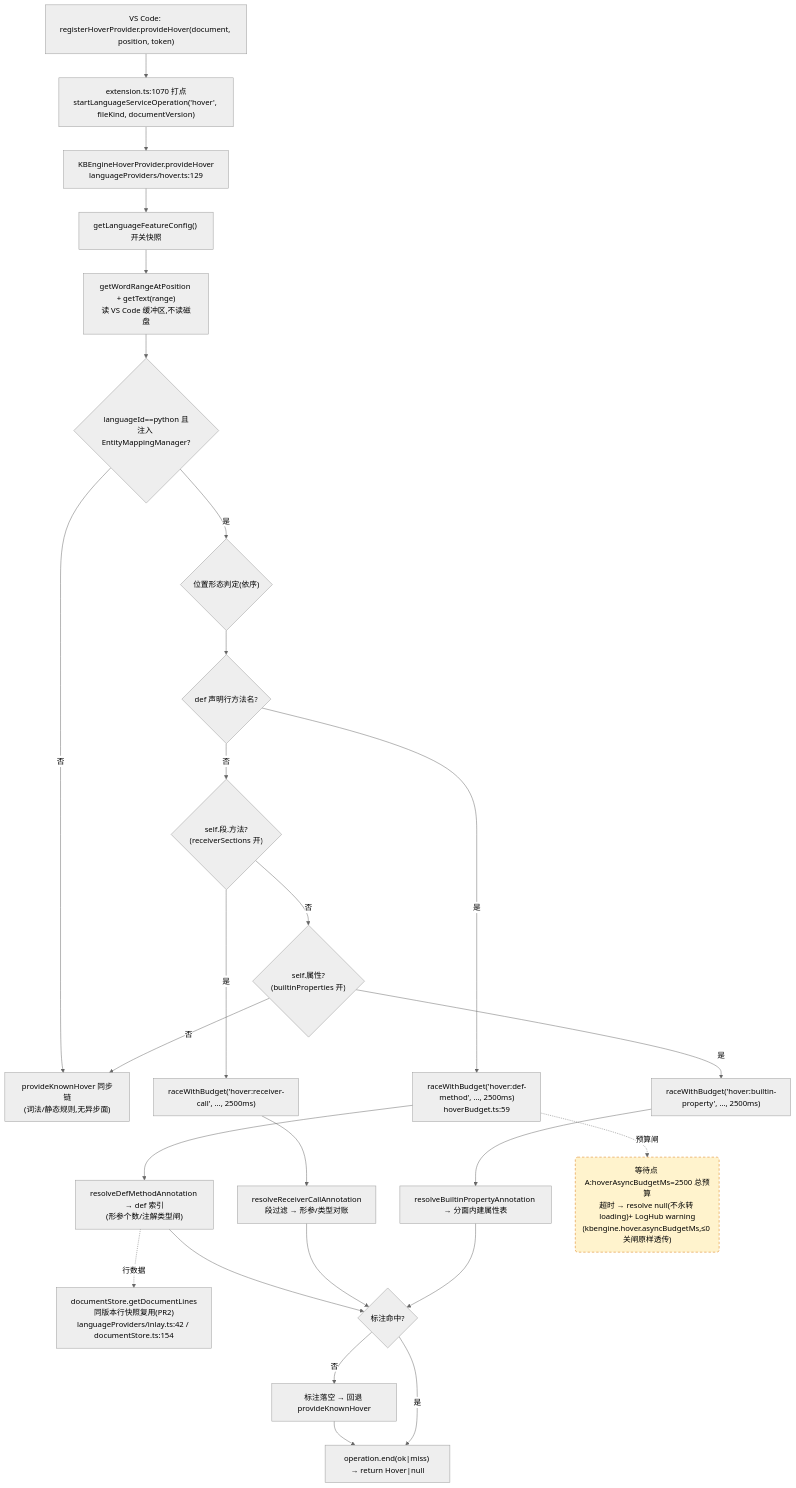
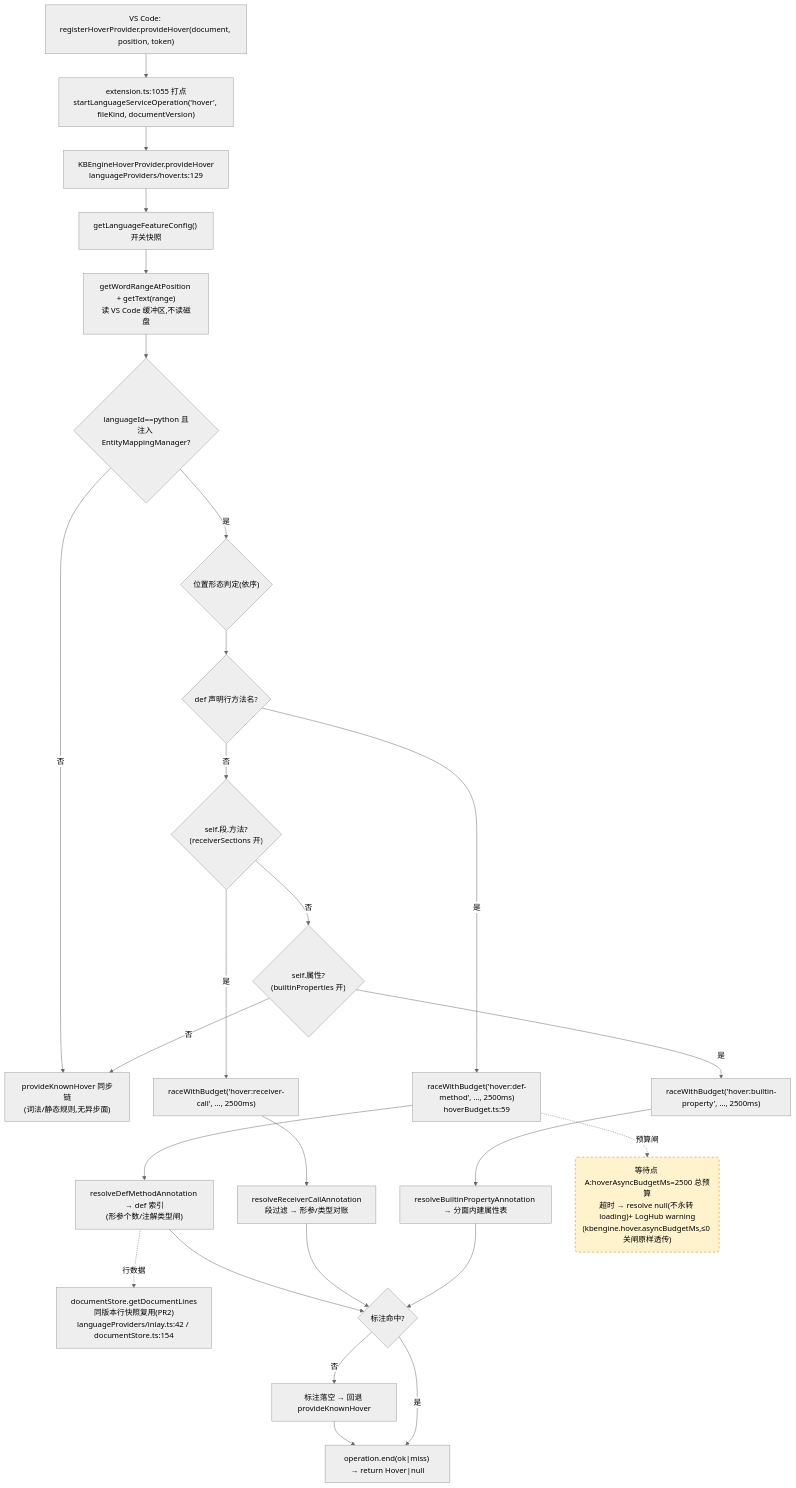
Before and after one commit to cuihairu/kode: the first of 4 diagrams in docs/perf/2026-baseline.md, drawn with Mermaid (neutral theme). The commit also changed other lines of this file and 3 other files, not shown here.

````diff
--- a/docs/perf/2026-baseline.md
+++ b/docs/perf/2026-baseline.md
@@ -82,45 +82,45 @@
 ```mermaid
 flowchart TD
   VC1["VS Code: registerHoverProvider.provideHover(document, position, token)"]
-  M1["extension.ts:1070 打点<br/>startLanguageServiceOperation('hover', fileKind, documentVersion)"]
+  M1["extension.ts:1055 打点<br/>startLanguageServiceOperation('hover', fileKind, documentVersion)"]
   HP["KBEngineHoverProvider.provideHover<br/>languageProviders/hover.ts:129"]
   CFG["getLanguageFeatureConfig() 开关快照"]
   WORD["getWordRangeAtPosition + getText(range)<br/>读 VS Code 缓冲区,不读磁盘"]
   BR{"languageId==python 且<br/>注入 EntityMappingManager?"}
   KN["provideKnownHover 同步链<br/>(词法/静态规则,无异步面)"]
   POS{"位置形态判定(依序)"}
   D1{"def 声明行方法名?"}
   D2{"self.段.方法?<br/>(receiverSections 开)"}
   D3{"self.属性?<br/>(builtinProperties 开)"}
   RA1["raceWithBudget('hover:def-method', …, 2500ms)<br/>hoverBudget.ts:59"]
   RA2["raceWithBudget('hover:receiver-call', …, 2500ms)"]
   RA3["raceWithBudget('hover:builtin-property', …, 2500ms)"]
   RS1["resolveDefMethodAnnotation → def 索引<br/>(形参个数/注解类型闸)"]
   RS2["resolveReceiverCallAnnotation<br/>段过滤 → 形参/类型对账"]
   RS3["resolveBuiltinPropertyAnnotation → 分面内建属性表"]
   LINES["documentStore.getDocumentLines<br/>同版本行快照复用(PR2)<br/>languageProviders/inlay.ts:42 / documentStore.ts:154"]
   MISS["标注落空 → 回退 provideKnownHover"]
   END1["operation.end(ok|miss) → return Hover|null"]
 
   VC1 --> M1 --> HP --> CFG --> WORD --> BR
   BR -- "否" --> KN
   BR -- "是" --> POS --> D1
   D1 -- "是" --> RA1 --> RS1
   D1 -- "否" --> D2
   D2 -- "是" --> RA2 --> RS2
   D2 -- "否" --> D3
   D3 -- "是" --> RA3 --> RS3
   D3 -- "否" --> KN
   RS1 --> HIT{"标注命中?"}
   RS2 --> HIT
   RS3 --> HIT
   RS1 -.->|行数据| LINES
   HIT -- "否" --> MISS --> END1
   HIT -- "是" --> END1
 
   WAITA("等待点 A:hoverAsyncBudgetMs=2500 总预算<br/>超时 → resolve null(不永转 loading)+ LogHub warning<br/>(kbengine.hover.asyncBudgetMs,≤0 关闸原样透传)")
   RA1 -.->|预算闸| WAITA
 
   classDef waitPoint fill:#fff3cd,stroke:#d97706,stroke-dasharray:5 4;
   class WAITA waitPoint;
 ```
````
